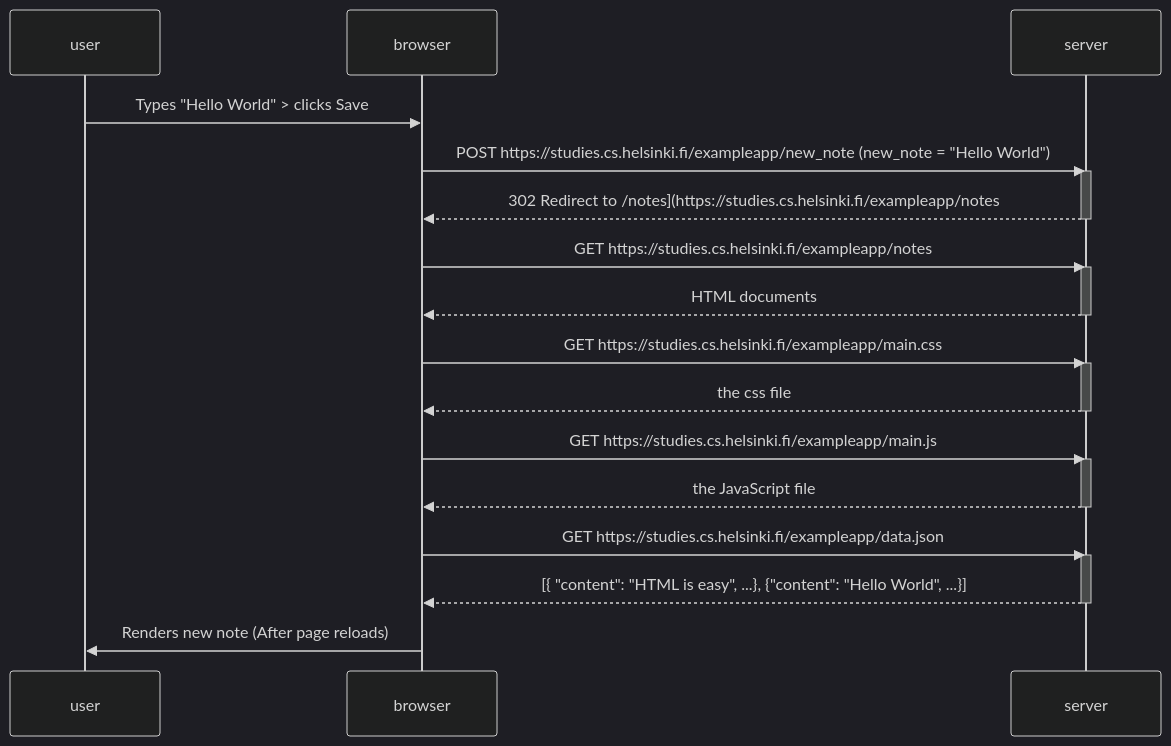
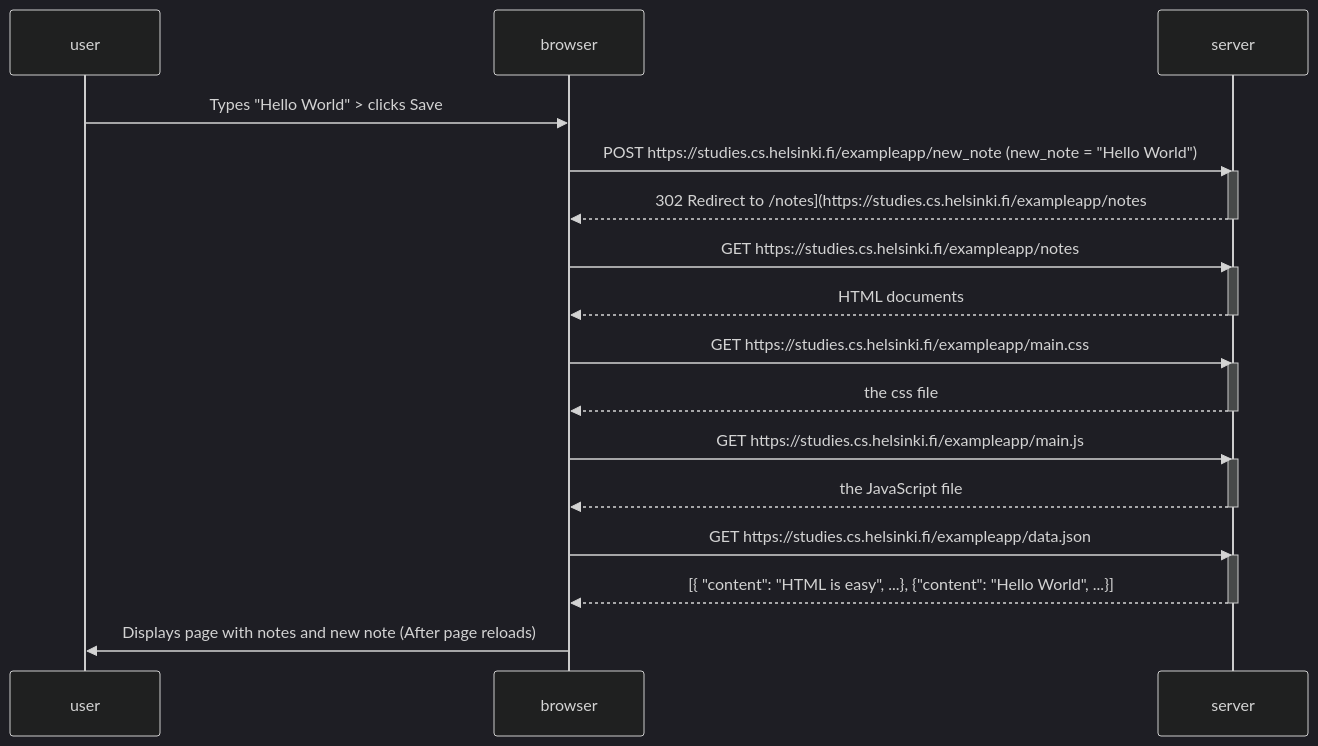
One commit to Kskx2203/fullStackOpen changed the diagram in part0 (0.4-0.6)/0.4.md. Above: the diagram before and after it, drawn with Mermaid (dark theme).

````diff
--- a/part0 (0.4-0.6)/0.4.md
+++ b/part0 (0.4-0.6)/0.4.md
@@ -1,40 +1,40 @@
 ```mermaid
 sequenceDiagram
     participant user
     participant browser
     participant server
 
     user->>browser: Types "Hello World" > clicks Save
     browser->>server: POST https://studies.cs.helsinki.fi/exampleapp/new_note (new_note = "Hello World")
     activate server
     server-->>browser: 302 Redirect to /notes](https://studies.cs.helsinki.fi/exampleapp/notes
     deactivate server
 
     %% Page reloads
     browser->>server: GET https://studies.cs.helsinki.fi/exampleapp/notes
     activate server
     server-->>browser: HTML documents
     deactivate server
 
     browser->>server: GET https://studies.cs.helsinki.fi/exampleapp/main.css
     activate server
     server-->>browser: the css file
     deactivate server
 
     browser->>server: GET https://studies.cs.helsinki.fi/exampleapp/main.js
     activate server
     server-->>browser: the JavaScript file
     deactivate server
 
     %% Javascript fetches updated data
     
     browser->>server: GET https://studies.cs.helsinki.fi/exampleapp/data.json
     activate server
     server-->>browser: [{ "content": "HTML is easy", ...}, {"content": "Hello World", ...}]
     deactivate server
 
-    browser->>user: Renders new note (After page reloads)
+    browser->>user: Displays page with notes and new note (After page reloads)
     
     %% Browser renders updated notes
     %% Note right of browser: The browser executes the callback function that renders new note ("Hello World")
 ```
````
